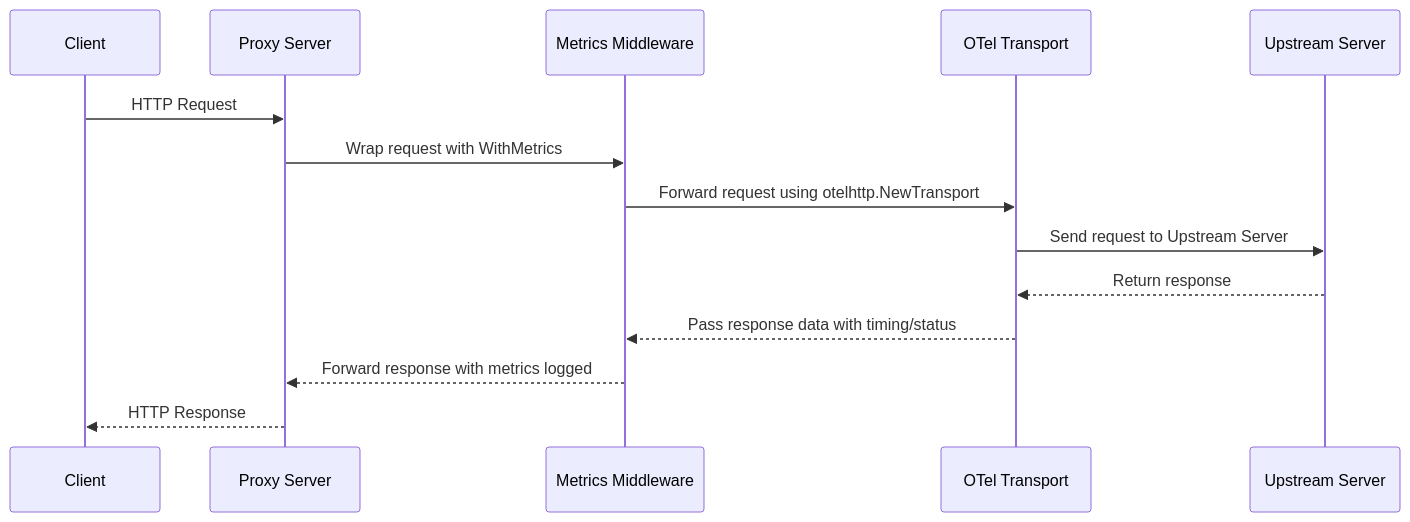
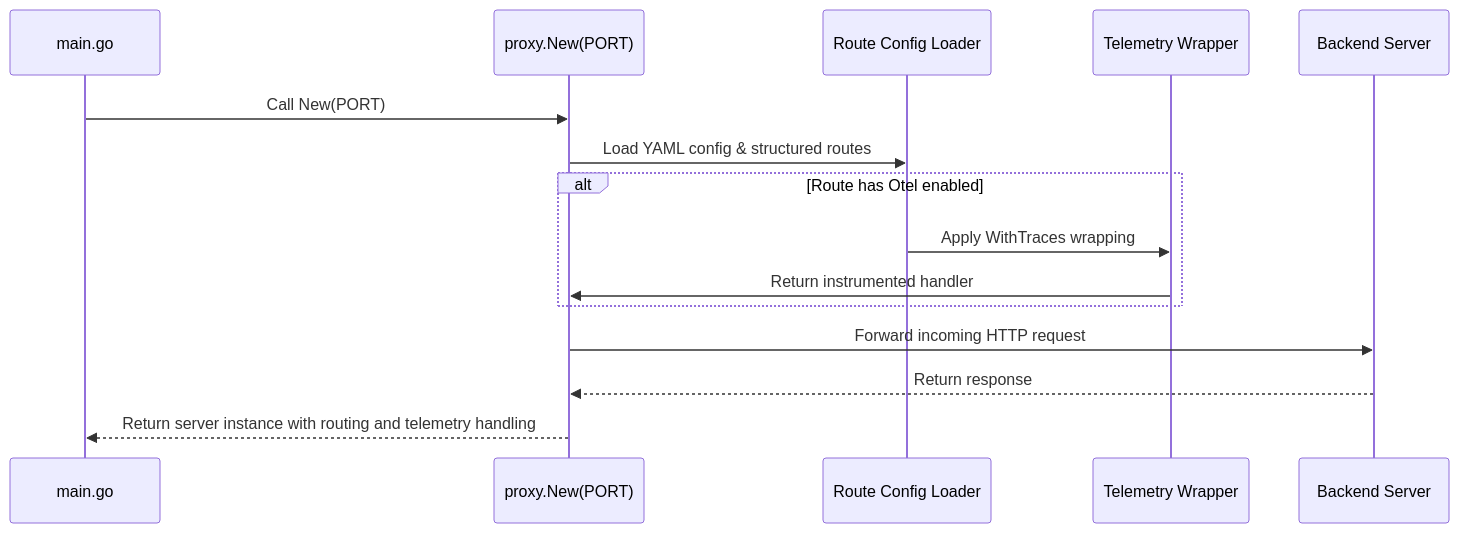
One commit to Vyary/otel-rev-proxy changed the diagram in README.md. Above: the diagram before and after it, drawn with Mermaid.

````diff
--- a/README.md
+++ b/README.md
@@ -21,17 +21,18 @@
 ```mermaid
 sequenceDiagram
-    participant C as Client
-    participant P as Proxy Server
-    participant M as Metrics Middleware
-    participant T as OTel Transport
-    participant U as Upstream Server
+    participant Main as main.go
+    participant Proxy as proxy.New(PORT)
+    participant Config as Route Config Loader
+    participant Tele as Telemetry Wrapper
+    participant Backend as Backend Server
 
-    C->>P: HTTP Request
-    P->>M: Wrap request with WithMetrics
-    M->>T: Forward request using otelhttp.NewTransport
-    T->>U: Send request to Upstream Server
-    U-->>T: Return response
-    T-->>M: Pass response data with timing/status
-    M-->>P: Forward response with metrics logged
-    P-->>C: HTTP Response
+    Main->>Proxy: Call New(PORT)
+    Proxy->>Config: Load YAML config & structured routes
+    alt Route has Otel enabled
+        Config->>Tele: Apply WithTraces wrapping
+        Tele->>Proxy: Return instrumented handler
+    end
+    Proxy->>Backend: Forward incoming HTTP request
+    Backend-->>Proxy: Return response
+    Proxy-->>Main: Return server instance with routing and telemetry handling
 ```
````
